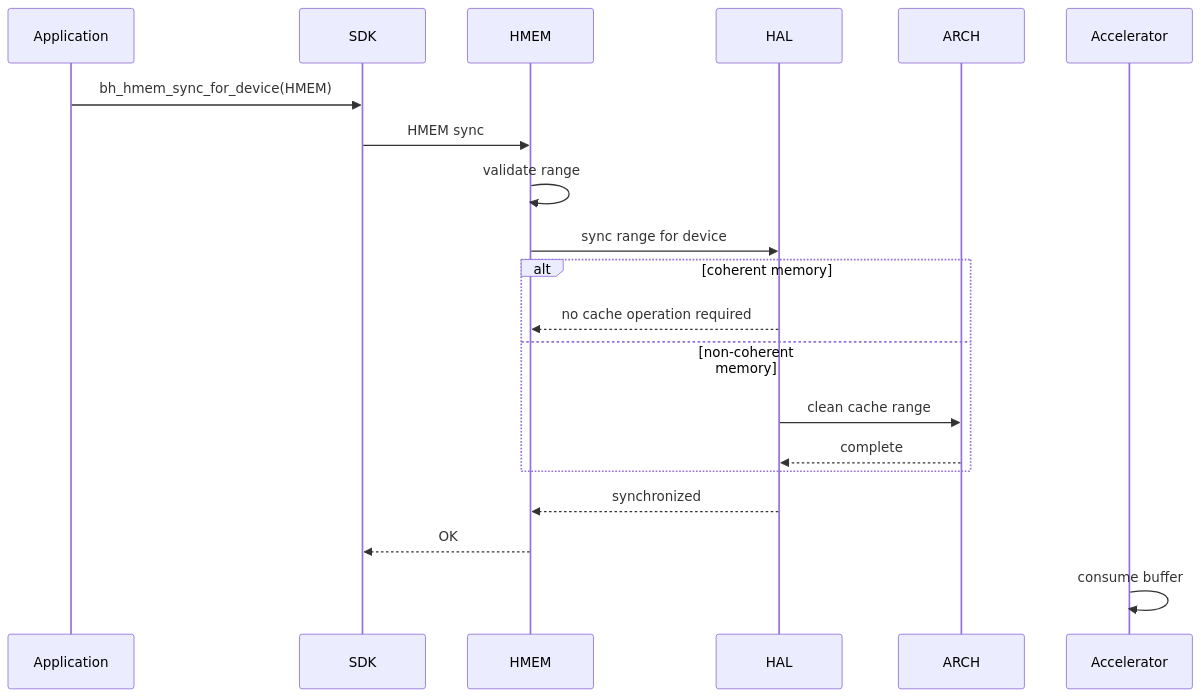
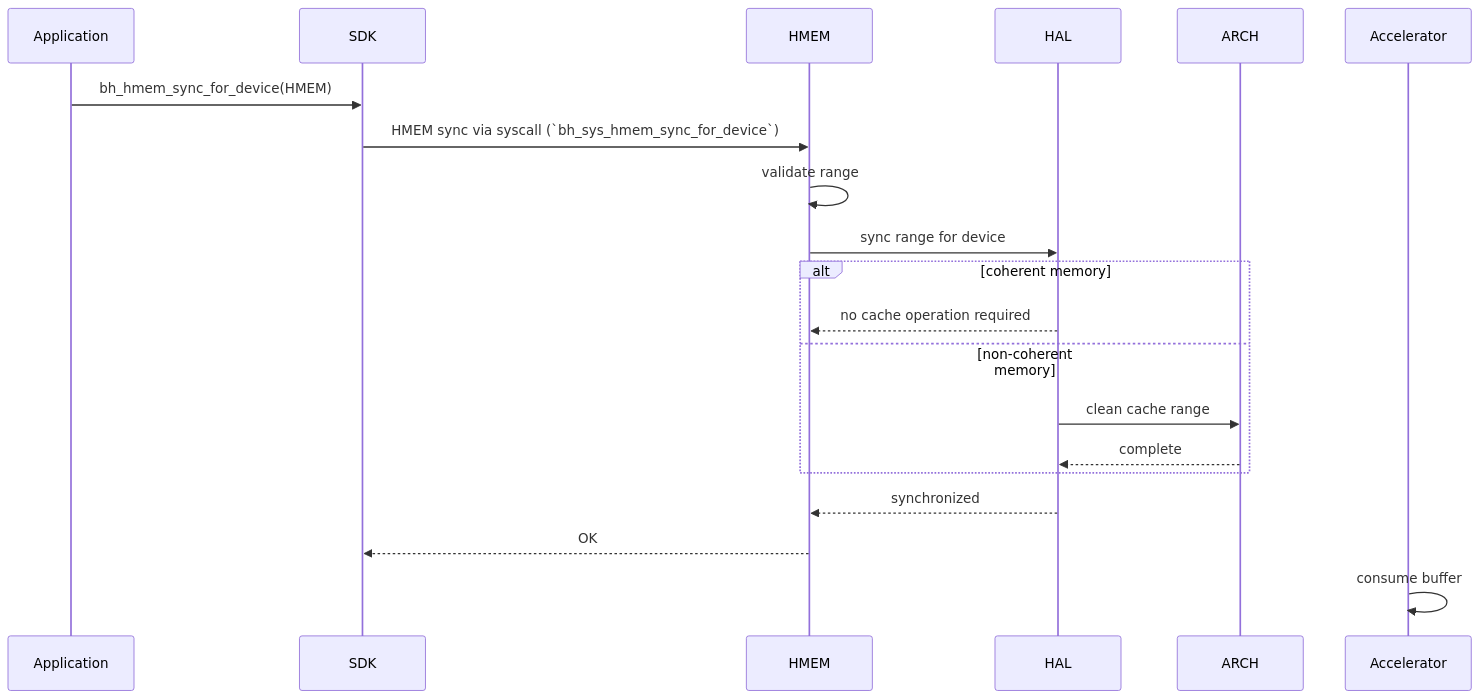
The fourth of 4 diagrams in docs/architecture/compute/BHCF-002-hmem.md (CloudCarpentry/Bharat-OS), drawn with Mermaid before and after one commit. The commit also changed other lines of this file and 21 other files, not shown here.

````diff
--- a/docs/architecture/compute/BHCF-002-hmem.md
+++ b/docs/architecture/compute/BHCF-002-hmem.md
@@ -139,29 +139,29 @@
 ```mermaid
 sequenceDiagram
 
     participant APP as Application
     participant SDK as SDK
     participant K as HMEM
     participant HAL as HAL
     participant ARCH as ARCH
     participant DEV as Accelerator
 
     APP->>SDK: bh_hmem_sync_for_device(HMEM)
-    SDK->>K: HMEM sync
+    SDK->>K: HMEM sync via syscall (`bh_sys_hmem_sync_for_device`)
 
     K->>K: validate range
 
     K->>HAL: sync range for device
 
     alt coherent memory
         HAL-->>K: no cache operation required
     else non-coherent memory
         HAL->>ARCH: clean cache range
         ARCH-->>HAL: complete
     end
 
     HAL-->>K: synchronized
     K-->>SDK: OK
 
     DEV->>DEV: consume buffer
 ```
````
